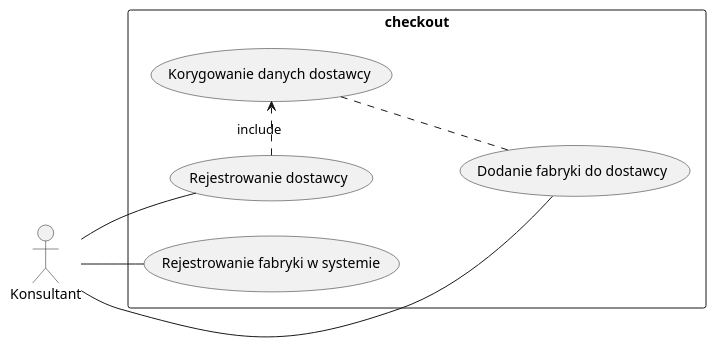
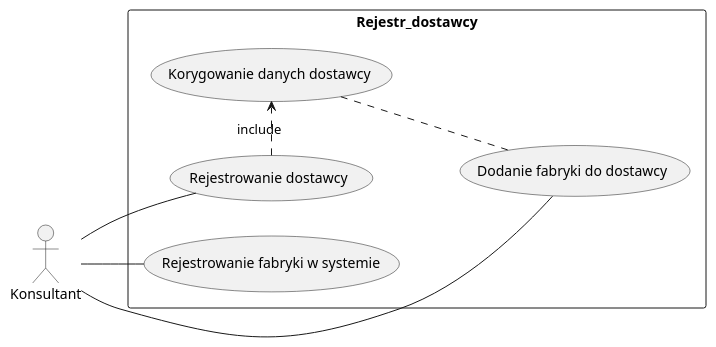
One commit to pixellos/Agh.5.Psi changed the first of 2 diagrams in 1/Projekt systemu.md. Above: the diagram before and after it, drawn with PlantUML. The commit also changed other lines of this file, not shown here.

````diff
--- a/1/Projekt systemu.md
+++ b/1/Projekt systemu.md
@@ -142,15 +142,15 @@
 ```plantuml 1.3.1.1
 
 @startuml
 left to right direction
 skinparam packageStyle rectangle
 actor Konsultant
-rectangle checkout {
+rectangle Rejestr_dostawcy {
   Konsultant -- (Rejestrowanie dostawcy)
   (Rejestrowanie dostawcy) .> (Korygowanie danych dostawcy) : include
   Konsultant -- (Rejestrowanie fabryki w systemie)
   (Korygowanie danych dostawcy) ..  (Dodanie fabryki do dostawcy)  
   Konsultant -- (Dodanie fabryki do dostawcy)
 }
 @enduml
 ```
````
